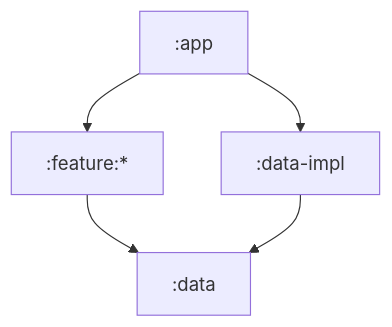
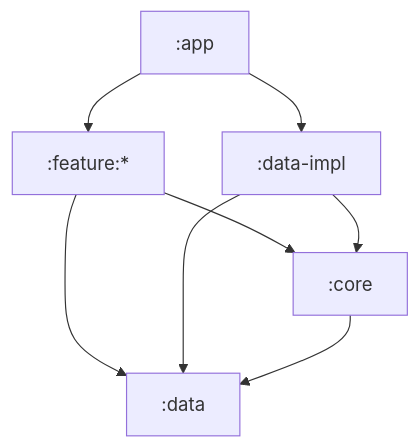
Before and after one commit to NUmeroAndDev/AppProjectTemplate-android: the diagram in README.md, drawn with Mermaid. The commit also changed 11 other files, not shown here.

````diff
--- a/README.md
+++ b/README.md
@@ -8,7 +8,10 @@
 ```mermaid
   graph TD;
       :app-->:feature:*;
       :app-->:data-impl;
       :feature:*-->:data;
+      :feature:*-->:core;
       :data-impl-->:data;
+      :data-impl-->:core;
+      :core-->:data;
 ```
````
